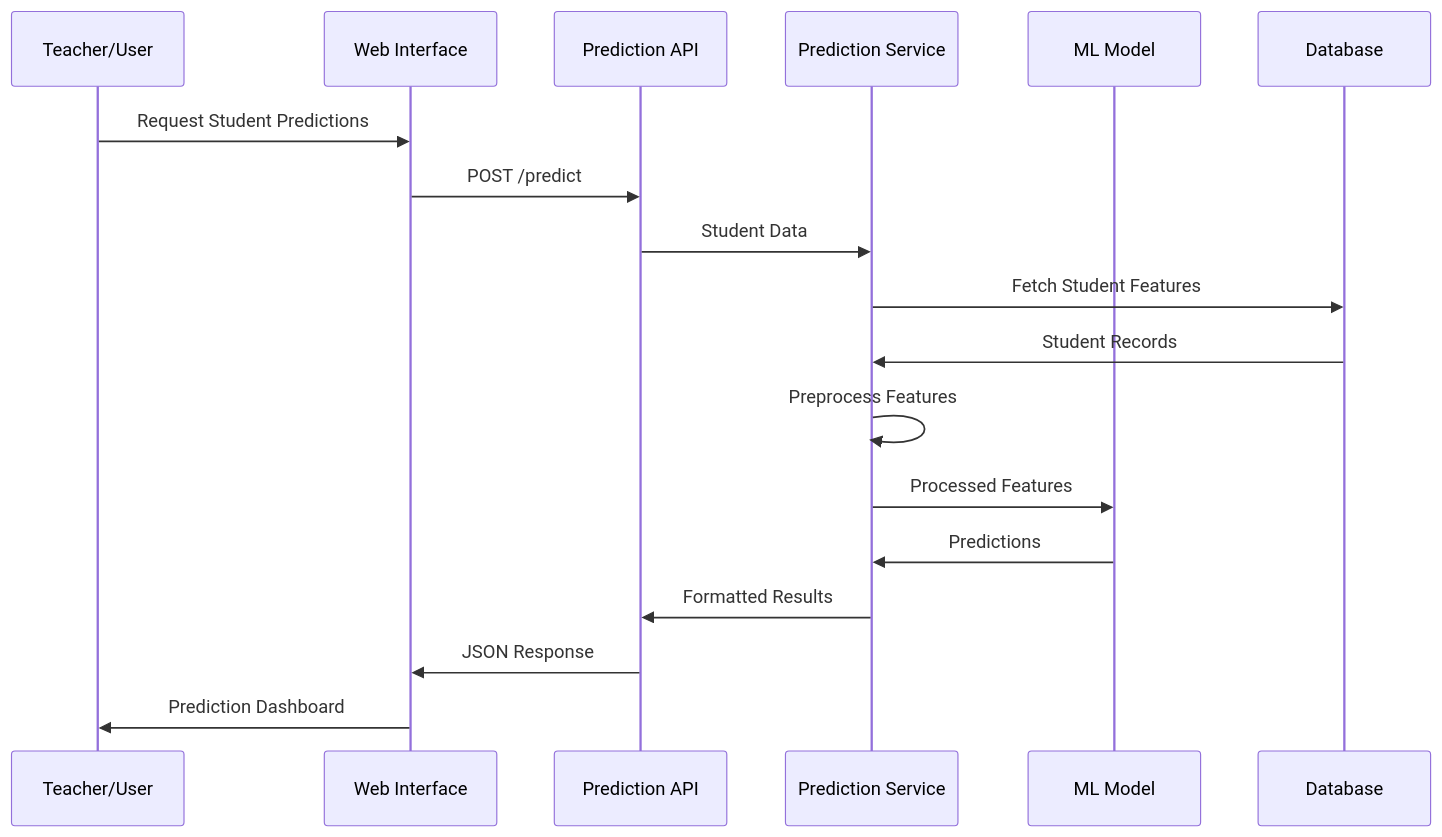
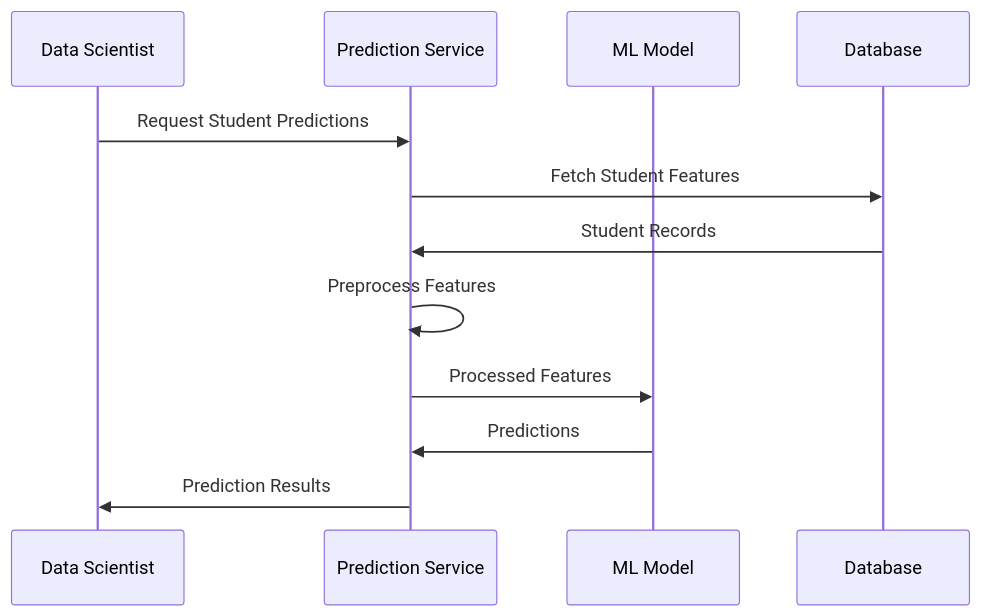
The fifth of 6 diagrams in specs/ai-doc/projectOverview.md (Champ-CEO/studentscore), drawn with Mermaid before and after one commit. The commit also changed other lines of this file and 9 other files, not shown here.

````diff
--- a/specs/ai-doc/projectOverview.md
+++ b/specs/ai-doc/projectOverview.md
@@ -492,21 +563,15 @@
 ```mermaid
 sequenceDiagram
-    participant T as Teacher/User
-    participant UI as Web Interface
-    participant API as Prediction API
+    participant U as Data Scientist
     participant PS as Prediction Service
     participant ML as ML Model
     participant DB as Database
 
-    T->>UI: Request Student Predictions
-    UI->>API: POST /predict
-    API->>PS: Student Data
+    U->>PS: Request Student Predictions
     PS->>DB: Fetch Student Features
     DB->>PS: Student Records
     PS->>PS: Preprocess Features
     PS->>ML: Processed Features
     ML->>PS: Predictions
-    PS->>API: Formatted Results
-    API->>UI: JSON Response
-    UI->>T: Prediction Dashboard
+    PS->>U: Prediction Results
 ```
````
